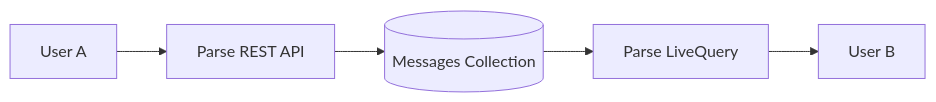
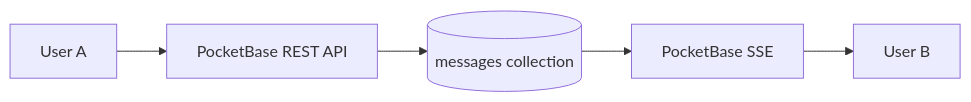
The fifth of 13 diagrams in expansion.md (dirm02/bloggista), drawn with Mermaid before and after one commit. The commit also changed other lines of this file, not shown here.

````diff
--- a/expansion.md
+++ b/expansion.md
@@ -172,7 +172,7 @@
 ```mermaid
 flowchart LR
-    UserA[User A] --> REST[Parse REST API]
-    REST --> Messages[(Messages Collection)]
-    Messages --> LiveQuery[Parse LiveQuery]
-    LiveQuery --> UserB[User B]
+    UserA[User A] --> REST[PocketBase REST API]
+    REST --> Messages[(messages collection)]
+    Messages --> SSE[PocketBase SSE]
+    SSE --> UserB[User B]
 ```
````
